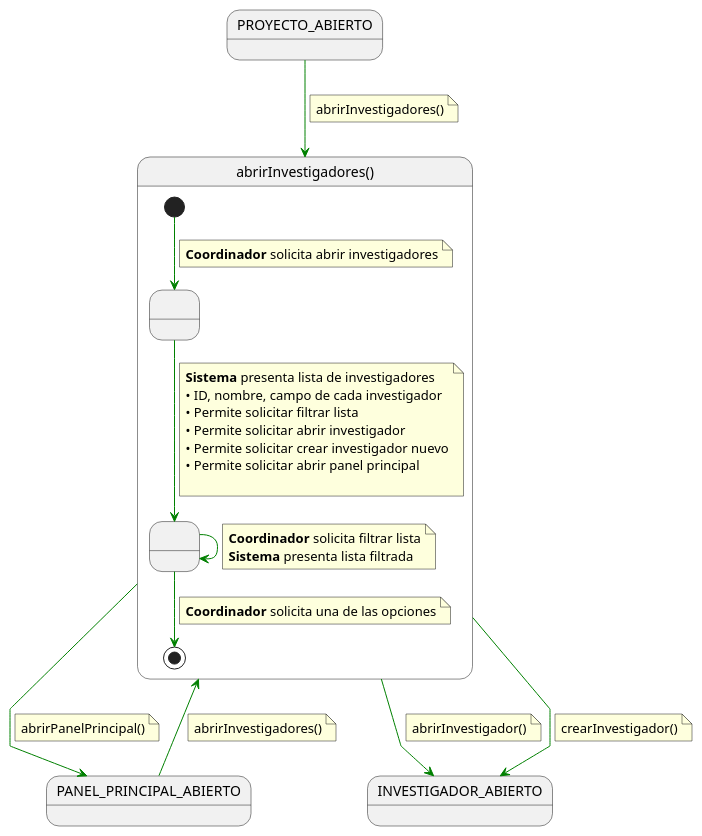
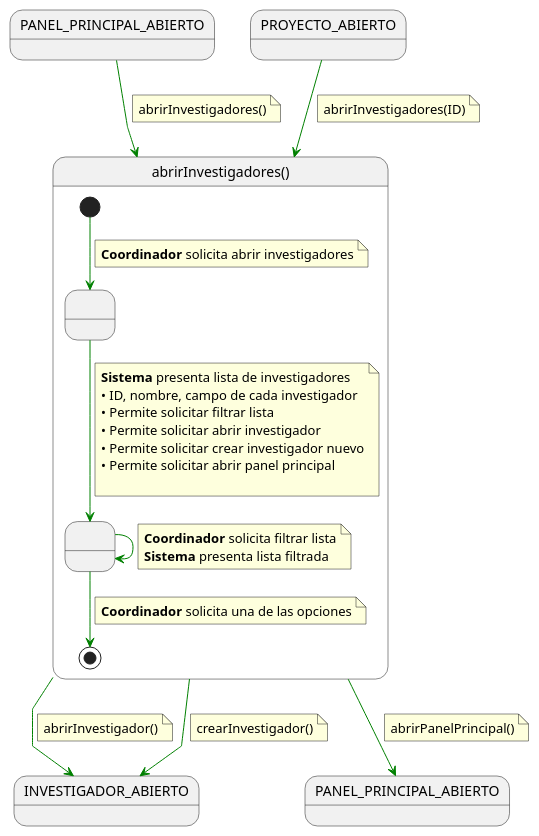
Before and after one commit to 31Diego/25-26-IdSw1-SdR: the diagram in documentación/CasosDeUso/Detalle/Coordinador/03-gestion-investigadores/abrirInvestigadores.puml, drawn with PlantUML. The commit also changed 19 other files, not shown here.

Commit message:
correccion diagrama contexto

```diff
--- a/documentación/CasosDeUso/Detalle/Coordinador/03-gestion-investigadores/abrirInvestigadores.puml
+++ b/documentación/CasosDeUso/Detalle/Coordinador/03-gestion-investigadores/abrirInvestigadores.puml
@@ -1,66 +1,67 @@
 @startuml abrirInvestigadores
 
 skinparam linetype polyline
+
+state in1 as "PANEL_PRINCIPAL_ABIERTO"
+in1 -[#green]-> abrirInvestigadores
+note on link
+abrirInvestigadores()
+end note
 
 state abrirInvestigadores as "abrirInvestigadores()" {
 
     state " " as MostrandoLista
     state " " as FiltrandoLista
 
     [*] -[#green]-> MostrandoLista 
     note on link
     <b>Coordinador</b> solicita abrir investigadores
     end note    
     
     MostrandoLista -[#green]-> FiltrandoLista
     note on link
     <b>Sistema</b> presenta lista de investigadores
     • ID, nombre, campo de cada investigador
     • Permite solicitar filtrar lista
     • Permite solicitar abrir investigador
     • Permite solicitar crear investigador nuevo
     • Permite solicitar abrir panel principal
     
     end note
     
     FiltrandoLista -[#green]-> FiltrandoLista
     note on link
     <b>Coordinador</b> solicita filtrar lista
     <b>Sistema</b> presenta lista filtrada
     end note
     
     FiltrandoLista -[#green]-> [*]
     note on link
     <b>Coordinador</b> solicita una de las opciones
     end note
 }
 
 
 PROYECTO_ABIERTO -[#green]-> abrirInvestigadores
 note on link
-abrirInvestigadores()
-end note
-
-PANEL_PRINCIPAL_ABIERTO -[#green]-> abrirInvestigadores
-note on link
-abrirInvestigadores()
+abrirInvestigadores(ID)
 end note
 
 
 abrirInvestigadores -[#green]-> INVESTIGADOR_ABIERTO
 note on link
 abrirInvestigador()
 end note
 
 abrirInvestigadores -[#green]-> INVESTIGADOR_ABIERTO
 note on link
 crearInvestigador()
 end note
 
 
 abrirInvestigadores -[#green]-> PANEL_PRINCIPAL_ABIERTO
 note on link
 abrirPanelPrincipal()
 end note
 
 @enduml
```
